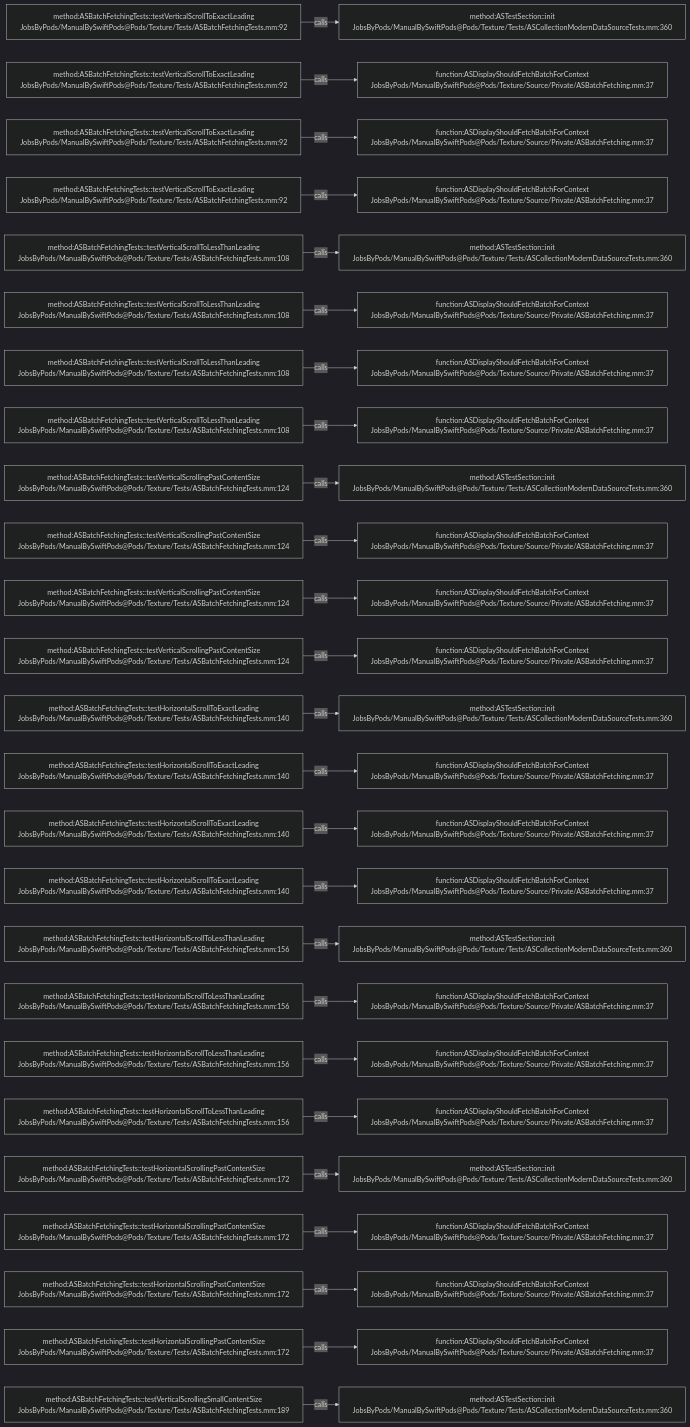
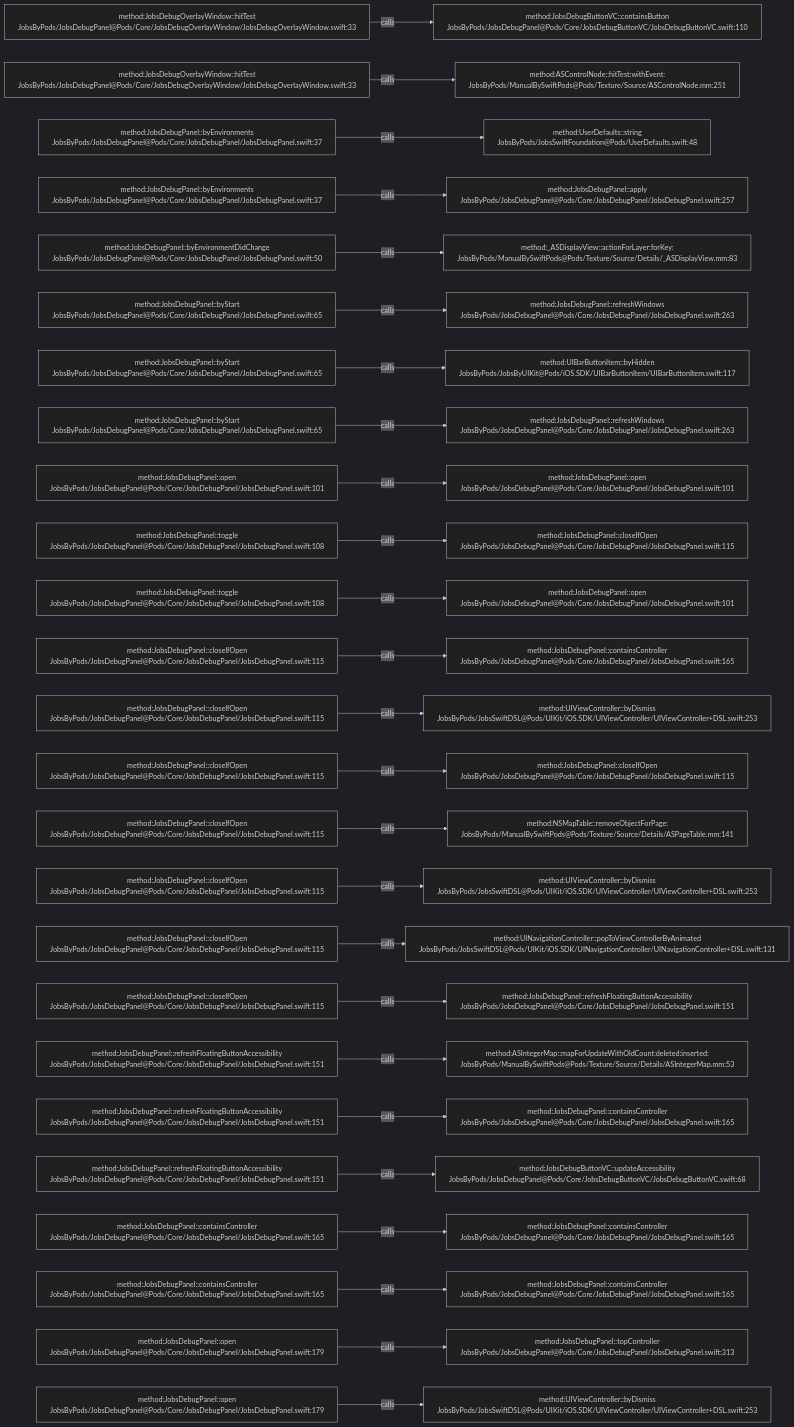
One commit to JobsKits/JobsSwiftBaseConfigDemo changed the diagram in .codegraph/codegraph.md/graphs/calls-162.md. Above: the diagram before and after it, drawn with Mermaid (dark theme). The commit also changed 224 other files, not shown here.

````diff
--- a/.codegraph/codegraph.md/graphs/calls-162.md
+++ b/.codegraph/codegraph.md/graphs/calls-162.md
@@ -13,78 +13,78 @@
 ```mermaid
 flowchart LR
-  S1["method:ASBatchFetchingTests::testVerticalScrollToExactLeading<br/>JobsByPods/ManualBySwiftPods@Pods/Texture/Tests/ASBatchFetchingTests.mm:92"]
-  T1["method:ASTestSection::init<br/>JobsByPods/ManualBySwiftPods@Pods/Texture/Tests/ASCollectionModernDataSourceTests.mm:360"]
+  S1["method:JobsDebugOverlayWindow::hitTest<br/>JobsByPods/JobsDebugPanel@Pods/Core/JobsDebugOverlayWindow/JobsDebugOverlayWindow.swift:33"]
+  T1["method:JobsDebugButtonVC::containsButton<br/>JobsByPods/JobsDebugPanel@Pods/Core/JobsDebugButtonVC/JobsDebugButtonVC.swift:110"]
   S1 -->|calls| T1
-  S2["method:ASBatchFetchingTests::testVerticalScrollToExactLeading<br/>JobsByPods/ManualBySwiftPods@Pods/Texture/Tests/ASBatchFetchingTests.mm:92"]
-  T2["function:ASDisplayShouldFetchBatchForContext<br/>JobsByPods/ManualBySwiftPods@Pods/Texture/Source/Private/ASBatchFetching.mm:37"]
+  S2["method:JobsDebugOverlayWindow::hitTest<br/>JobsByPods/JobsDebugPanel@Pods/Core/JobsDebugOverlayWindow/JobsDebugOverlayWindow.swift:33"]
+  T2["method:ASControlNode::hitTest:withEvent:<br/>JobsByPods/ManualBySwiftPods@Pods/Texture/Source/ASControlNode.mm:251"]
   S2 -->|calls| T2
-  S3["method:ASBatchFetchingTests::testVerticalScrollToExactLeading<br/>JobsByPods/ManualBySwiftPods@Pods/Texture/Tests/ASBatchFetchingTests.mm:92"]
-  T3["function:ASDisplayShouldFetchBatchForContext<br/>JobsByPods/ManualBySwiftPods@Pods/Texture/Source/Private/ASBatchFetching.mm:37"]
+  S3["method:JobsDebugPanel::byEnvironments<br/>JobsByPods/JobsDebugPanel@Pods/Core/JobsDebugPanel/JobsDebugPanel.swift:37"]
+  T3["method:UserDefaults::string<br/>JobsByPods/JobsSwiftFoundation@Pods/UserDefaults.swift:48"]
   S3 -->|calls| T3
-  S4["method:ASBatchFetchingTests::testVerticalScrollToExactLeading<br/>JobsByPods/ManualBySwiftPods@Pods/Texture/Tests/ASBatchFetchingTests.mm:92"]
-  T4["function:ASDisplayShouldFetchBatchForContext<br/>JobsByPods/ManualBySwiftPods@Pods/Texture/Source/Private/ASBatchFetching.mm:37"]
+  S4["method:JobsDebugPanel::byEnvironments<br/>JobsByPods/JobsDebugPanel@Pods/Core/JobsDebugPanel/JobsDebugPanel.swift:37"]
+  T4["method:JobsDebugPanel::apply<br/>JobsByPods/JobsDebugPanel@Pods/Core/JobsDebugPanel/JobsDebugPanel.swift:257"]
   S4 -->|calls| T4
-  S5["method:ASBatchFetchingTests::testVerticalScrollToLessThanLeading<br/>JobsByPods/ManualBySwiftPods@Pods/Texture/Tests/ASBatchFetchingTests.mm:108"]
-  T5["method:ASTestSection::init<br/>JobsByPods/ManualBySwiftPods@Pods/Texture/Tests/ASCollectionModernDataSourceTests.mm:360"]
+  S5["method:JobsDebugPanel::byEnvironmentDidChange<br/>JobsByPods/JobsDebugPanel@Pods/Core/JobsDebugPanel/JobsDebugPanel.swift:50"]
+  T5["method:_ASDisplayView::actionForLayer:forKey:<br/>JobsByPods/ManualBySwiftPods@Pods/Texture/Source/Details/_ASDisplayView.mm:83"]
   S5 -->|calls| T5
-  S6["method:ASBatchFetchingTests::testVerticalScrollToLessThanLeading<br/>JobsByPods/ManualBySwiftPods@Pods/Texture/Tests/ASBatchFetchingTests.mm:108"]
-  T6["function:ASDisplayShouldFetchBatchForContext<br/>JobsByPods/ManualBySwiftPods@Pods/Texture/Source/Private/ASBatchFetching.mm:37"]
+  S6["method:JobsDebugPanel::byStart<br/>JobsByPods/JobsDebugPanel@Pods/Core/JobsDebugPanel/JobsDebugPanel.swift:65"]
+  T6["method:JobsDebugPanel::refreshWindows<br/>JobsByPods/JobsDebugPanel@Pods/Core/JobsDebugPanel/JobsDebugPanel.swift:263"]
   S6 -->|calls| T6
-  S7["method:ASBatchFetchingTests::testVerticalScrollToLessThanLeading<br/>JobsByPods/ManualBySwiftPods@Pods/Texture/Tests/ASBatchFetchingTests.mm:108"]
-  T7["function:ASDisplayShouldFetchBatchForContext<br/>JobsByPods/ManualBySwiftPods@Pods/Texture/Source/Private/ASBatchFetching.mm:37"]
+  S7["method:JobsDebugPanel::byStart<br/>JobsByPods/JobsDebugPanel@Pods/Core/JobsDebugPanel/JobsDebugPanel.swift:65"]
+  T7["method:UIBarButtonItem::byHidden<br/>JobsByPods/JobsByUIKit@Pods/iOS.SDK/UIBarButtonItem/UIBarButtonItem.swift:117"]
   S7 -->|calls| T7
-  S8["method:ASBatchFetchingTests::testVerticalScrollToLessThanLeading<br/>JobsByPods/ManualBySwiftPods@Pods/Texture/Tests/ASBatchFetchingTests.mm:108"]
-  T8["function:ASDisplayShouldFetchBatchForContext<br/>JobsByPods/ManualBySwiftPods@Pods/Texture/Source/Private/ASBatchFetching.mm:37"]
+  S8["method:JobsDebugPanel::byStart<br/>JobsByPods/JobsDebugPanel@Pods/Core/JobsDebugPanel/JobsDebugPanel.swift:65"]
+  T8["method:JobsDebugPanel::refreshWindows<br/>JobsByPods/JobsDebugPanel@Pods/Core/JobsDebugPanel/JobsDebugPanel.swift:263"]
   S8 -->|calls| T8
-  S9["method:ASBatchFetchingTests::testVerticalScrollingPastContentSize<br/>JobsByPods/ManualBySwiftPods@Pods/Texture/Tests/ASBatchFetchingTests.mm:124"]
-  T9["method:ASTestSection::init<br/>JobsByPods/ManualBySwiftPods@Pods/Texture/Tests/ASCollectionModernDataSourceTests.mm:360"]
+  S9["method:JobsDebugPanel::open<br/>JobsByPods/JobsDebugPanel@Pods/Core/JobsDebugPanel/JobsDebugPanel.swift:101"]
+  T9["method:JobsDebugPanel::open<br/>JobsByPods/JobsDebugPanel@Pods/Core/JobsDebugPanel/JobsDebugPanel.swift:101"]
   S9 -->|calls| T9
-  S10["method:ASBatchFetchingTests::testVerticalScrollingPastContentSize<br/>JobsByPods/ManualBySwiftPods@Pods/Texture/Tests/ASBatchFetchingTests.mm:124"]
-  T10["function:ASDisplayShouldFetchBatchForContext<br/>JobsByPods/ManualBySwiftPods@Pods/Texture/Source/Private/ASBatchFetching.mm:37"]
+  S10["method:JobsDebugPanel::toggle<br/>JobsByPods/JobsDebugPanel@Pods/Core/JobsDebugPanel/JobsDebugPanel.swift:108"]
+  T10["method:JobsDebugPanel::closeIfOpen<br/>JobsByPods/JobsDebugPanel@Pods/Core/JobsDebugPanel/JobsDebugPanel.swift:115"]
   S10 -->|calls| T10
-  S11["method:ASBatchFetchingTests::testVerticalScrollingPastContentSize<br/>JobsByPods/ManualBySwiftPods@Pods/Texture/Tests/ASBatchFetchingTests.mm:124"]
-  T11["function:ASDisplayShouldFetchBatchForContext<br/>JobsByPods/ManualBySwiftPods@Pods/Texture/Source/Private/ASBatchFetching.mm:37"]
+  S11["method:JobsDebugPanel::toggle<br/>JobsByPods/JobsDebugPanel@Pods/Core/JobsDebugPanel/JobsDebugPanel.swift:108"]
+  T11["method:JobsDebugPanel::open<br/>JobsByPods/JobsDebugPanel@Pods/Core/JobsDebugPanel/JobsDebugPanel.swift:101"]
   S11 -->|calls| T11
-  S12["method:ASBatchFetchingTests::testVerticalScrollingPastContentSize<br/>JobsByPods/ManualBySwiftPods@Pods/Texture/Tests/ASBatchFetchingTests.mm:124"]
-  T12["function:ASDisplayShouldFetchBatchForContext<br/>JobsByPods/ManualBySwiftPods@Pods/Texture/Source/Private/ASBatchFetching.mm:37"]
+  S12["method:JobsDebugPanel::closeIfOpen<br/>JobsByPods/JobsDebugPanel@Pods/Core/JobsDebugPanel/JobsDebugPanel.swift:115"]
+  T12["method:JobsDebugPanel::containsController<br/>JobsByPods/JobsDebugPanel@Pods/Core/JobsDebugPanel/JobsDebugPanel.swift:165"]
   S12 -->|calls| T12
-  S13["method:ASBatchFetchingTests::testHorizontalScrollToExactLeading<br/>JobsByPods/ManualBySwiftPods@Pods/Texture/Tests/ASBatchFetchingTests.mm:140"]
-  T13["method:ASTestSection::init<br/>JobsByPods/ManualBySwiftPods@Pods/Texture/Tests/ASCollectionModernDataSourceTests.mm:360"]
+  S13["method:JobsDebugPanel::closeIfOpen<br/>JobsByPods/JobsDebugPanel@Pods/Core/JobsDebugPanel/JobsDebugPanel.swift:115"]
+  T13["method:UIViewController::byDismiss<br/>JobsByPods/JobsSwiftDSL@Pods/UIKit/iOS.SDK/UIViewController/UIViewController+DSL.swift:253"]
   S13 -->|calls| T13
-  S14["method:ASBatchFetchingTests::testHorizontalScrollToExactLeading<br/>JobsByPods/ManualBySwiftPods@Pods/Texture/Tests/ASBatchFetchingTests.mm:140"]
-  T14["function:ASDisplayShouldFetchBatchForContext<br/>JobsByPods/ManualBySwiftPods@Pods/Texture/Source/Private/ASBatchFetching.mm:37"]
+  S14["method:JobsDebugPanel::closeIfOpen<br/>JobsByPods/JobsDebugPanel@Pods/Core/JobsDebugPanel/JobsDebugPanel.swift:115"]
+  T14["method:JobsDebugPanel::closeIfOpen<br/>JobsByPods/JobsDebugPanel@Pods/Core/JobsDebugPanel/JobsDebugPanel.swift:115"]
   S14 -->|calls| T14
-  S15["method:ASBatchFetchingTests::testHorizontalScrollToExactLeading<br/>JobsByPods/ManualBySwiftPods@Pods/Texture/Tests/ASBatchFetchingTests.mm:140"]
-  T15["function:ASDisplayShouldFetchBatchForContext<br/>JobsByPods/ManualBySwiftPods@Pods/Texture/Source/Private/ASBatchFetching.mm:37"]
+  S15["method:JobsDebugPanel::closeIfOpen<br/>JobsByPods/JobsDebugPanel@Pods/Core/JobsDebugPanel/JobsDebugPanel.swift:115"]
+  T15["method:NSMapTable::removeObjectForPage:<br/>JobsByPods/ManualBySwiftPods@Pods/Texture/Source/Details/ASPageTable.mm:141"]
   S15 -->|calls| T15
-  S16["method:ASBatchFetchingTests::testHorizontalScrollToExactLeading<br/>JobsByPods/ManualBySwiftPods@Pods/Texture/Tests/ASBatchFetchingTests.mm:140"]
-  T16["function:ASDisplayShouldFetchBatchForContext<br/>JobsByPods/ManualBySwiftPods@Pods/Texture/Source/Private/ASBatchFetching.mm:37"]
+  S16["method:JobsDebugPanel::closeIfOpen<br/>JobsByPods/JobsDebugPanel@Pods/Core/JobsDebugPanel/JobsDebugPanel.swift:115"]
+  T16["method:UIViewController::byDismiss<br/>JobsByPods/JobsSwiftDSL@Pods/UIKit/iOS.SDK/UIViewController/UIViewController+DSL.swift:253"]
   S16 -->|calls| T16
-  S17["method:ASBatchFetchingTests::testHorizontalScrollToLessThanLeading<br/>JobsByPods/ManualBySwiftPods@Pods/Texture/Tests/ASBatchFetchingTests.mm:156"]
-  T17["method:ASTestSection::init<br/>JobsByPods/ManualBySwiftPods@Pods/Texture/Tests/ASCollectionModernDataSourceTests.mm:360"]
+  S17["method:JobsDebugPanel::closeIfOpen<br/>JobsByPods/JobsDebugPanel@Pods/Core/JobsDebugPanel/JobsDebugPanel.swift:115"]
+  T17["method:UINavigationController::popToViewControllerByAnimated<br/>JobsByPods/JobsSwiftDSL@Pods/UIKit/iOS.SDK/UINavigationController/UINavigationController+DSL.swift:131"]
   S17 -->|calls| T17
-  S18["method:ASBatchFetchingTests::testHorizontalScrollToLessThanLeading<br/>JobsByPods/ManualBySwiftPods@Pods/Texture/Tests/ASBatchFetchingTests.mm:156"]
-  T18["function:ASDisplayShouldFetchBatchForContext<br/>JobsByPods/ManualBySwiftPods@Pods/Texture/Source/Private/ASBatchFetching.mm:37"]
+  S18["method:JobsDebugPanel::closeIfOpen<br/>JobsByPods/JobsDebugPanel@Pods/Core/JobsDebugPanel/JobsDebugPanel.swift:115"]
+  T18["method:JobsDebugPanel::refreshFloatingButtonAccessibility<br/>JobsByPods/JobsDebugPanel@Pods/Core/JobsDebugPanel/JobsDebugPanel.swift:151"]
   S18 -->|calls| T18
-  S19["method:ASBatchFetchingTests::testHorizontalScrollToLessThanLeading<br/>JobsByPods/ManualBySwiftPods@Pods/Texture/Tests/ASBatchFetchingTests.mm:156"]
-  T19["function:ASDisplayShouldFetchBatchForContext<br/>JobsByPods/ManualBySwiftPods@Pods/Texture/Source/Private/ASBatchFetching.mm:37"]
+  S19["method:JobsDebugPanel::refreshFloatingButtonAccessibility<br/>JobsByPods/JobsDebugPanel@Pods/Core/JobsDebugPanel/JobsDebugPanel.swift:151"]
+  T19["method:ASIntegerMap::mapForUpdateWithOldCount:deleted:inserted:<br/>JobsByPods/ManualBySwiftPods@Pods/Texture/Source/Details/ASIntegerMap.mm:53"]
   S19 -->|calls| T19
-  S20["method:ASBatchFetchingTests::testHorizontalScrollToLessThanLeading<br/>JobsByPods/ManualBySwiftPods@Pods/Texture/Tests/ASBatchFetchingTests.mm:156"]
-  T20["function:ASDisplayShouldFetchBatchForContext<br/>JobsByPods/ManualBySwiftPods@Pods/Texture/Source/Private/ASBatchFetching.mm:37"]
+  S20["method:JobsDebugPanel::refreshFloatingButtonAccessibility<br/>JobsByPods/JobsDebugPanel@Pods/Core/JobsDebugPanel/JobsDebugPanel.swift:151"]
+  T20["method:JobsDebugPanel::containsController<br/>JobsByPods/JobsDebugPanel@Pods/Core/JobsDebugPanel/JobsDebugPanel.swift:165"]
   S20 -->|calls| T20
-  S21["method:ASBatchFetchingTests::testHorizontalScrollingPastContentSize<br/>JobsByPods/ManualBySwiftPods@Pods/Texture/Tests/ASBatchFetchingTests.mm:172"]
-  T21["method:ASTestSection::init<br/>JobsByPods/ManualBySwiftPods@Pods/Texture/Tests/ASCollectionModernDataSourceTests.mm:360"]
+  S21["method:JobsDebugPanel::refreshFloatingButtonAccessibility<br/>JobsByPods/JobsDebugPanel@Pods/Core/JobsDebugPanel/JobsDebugPanel.swift:151"]
+  T21["method:JobsDebugButtonVC::updateAccessibility<br/>JobsByPods/JobsDebugPanel@Pods/Core/JobsDebugButtonVC/JobsDebugButtonVC.swift:68"]
   S21 -->|calls| T21
-  S22["method:ASBatchFetchingTests::testHorizontalScrollingPastContentSize<br/>JobsByPods/ManualBySwiftPods@Pods/Texture/Tests/ASBatchFetchingTests.mm:172"]
-  T22["function:ASDisplayShouldFetchBatchForContext<br/>JobsByPods/ManualBySwiftPods@Pods/Texture/Source/Private/ASBatchFetching.mm:37"]
+  S22["method:JobsDebugPanel::containsController<br/>JobsByPods/JobsDebugPanel@Pods/Core/JobsDebugPanel/JobsDebugPanel.swift:165"]
+  T22["method:JobsDebugPanel::containsController<br/>JobsByPods/JobsDebugPanel@Pods/Core/JobsDebugPanel/JobsDebugPanel.swift:165"]
   S22 -->|calls| T22
-  S23["method:ASBatchFetchingTests::testHorizontalScrollingPastContentSize<br/>JobsByPods/ManualBySwiftPods@Pods/Texture/Tests/ASBatchFetchingTests.mm:172"]
-  T23["function:ASDisplayShouldFetchBatchForContext<br/>JobsByPods/ManualBySwiftPods@Pods/Texture/Source/Private/ASBatchFetching.mm:37"]
+  S23["method:JobsDebugPanel::containsController<br/>JobsByPods/JobsDebugPanel@Pods/Core/JobsDebugPanel/JobsDebugPanel.swift:165"]
+  T23["method:JobsDebugPanel::containsController<br/>JobsByPods/JobsDebugPanel@Pods/Core/JobsDebugPanel/JobsDebugPanel.swift:165"]
   S23 -->|calls| T23
-  S24["method:ASBatchFetchingTests::testHorizontalScrollingPastContentSize<br/>JobsByPods/ManualBySwiftPods@Pods/Texture/Tests/ASBatchFetchingTests.mm:172"]
-  T24["function:ASDisplayShouldFetchBatchForContext<br/>JobsByPods/ManualBySwiftPods@Pods/Texture/Source/Private/ASBatchFetching.mm:37"]
+  S24["method:JobsDebugPanel::open<br/>JobsByPods/JobsDebugPanel@Pods/Core/JobsDebugPanel/JobsDebugPanel.swift:179"]
+  T24["method:JobsDebugPanel::topController<br/>JobsByPods/JobsDebugPanel@Pods/Core/JobsDebugPanel/JobsDebugPanel.swift:313"]
   S24 -->|calls| T24
-  S25["method:ASBatchFetchingTests::testVerticalScrollingSmallContentSize<br/>JobsByPods/ManualBySwiftPods@Pods/Texture/Tests/ASBatchFetchingTests.mm:189"]
-  T25["method:ASTestSection::init<br/>JobsByPods/ManualBySwiftPods@Pods/Texture/Tests/ASCollectionModernDataSourceTests.mm:360"]
+  S25["method:JobsDebugPanel::open<br/>JobsByPods/JobsDebugPanel@Pods/Core/JobsDebugPanel/JobsDebugPanel.swift:179"]
+  T25["method:UIViewController::byDismiss<br/>JobsByPods/JobsSwiftDSL@Pods/UIKit/iOS.SDK/UIViewController/UIViewController+DSL.swift:253"]
   S25 -->|calls| T25
 ```
````
